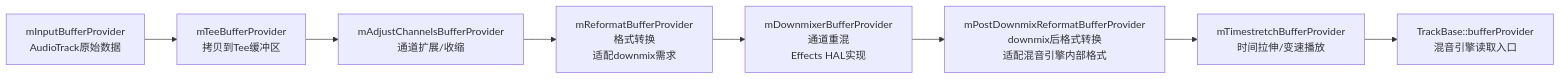
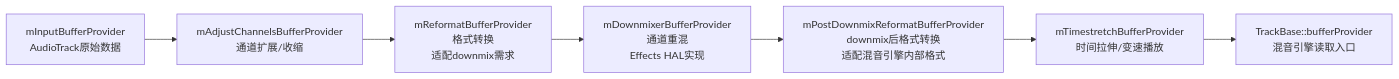
The second of 7 diagrams in 05_AudioFlinger/05_5.11_AudioMixer与Resampler-混音引擎核心.md (yanglinzhen1022/SA8295_AAOS_QNX_Audio_KnowledgeBase), drawn with Mermaid before and after one commit. The commit also changed other lines of this file and 5 other files, not shown here.

````diff
--- a/05_AudioFlinger/05_5.11_AudioMixer与Resampler-混音引擎核心.md
+++ b/05_AudioFlinger/05_5.11_AudioMixer与Resampler-混音引擎核心.md
@@ -132,10 +131,9 @@
 ```mermaid
 flowchart LR
-    A[mInputBufferProvider\nAudioTrack原始数据] --> B[mTeeBufferProvider\n拷贝到Tee缓冲区]
-    B --> C[mAdjustChannelsBufferProvider\n通道扩展/收缩]
+    A[mInputBufferProvider\nAudioTrack原始数据] --> C[mAdjustChannelsBufferProvider\n通道扩展/收缩]
     C --> D[mReformatBufferProvider\n格式转换\n适配downmix需求]
     D --> E[mDownmixerBufferProvider\n通道重混\nEffects HAL实现]
     E --> F[mPostDownmixReformatBufferProvider\ndownmix后格式转换\n适配混音引擎内部格式]
     F --> G[mTimestretchBufferProvider\n时间拉伸/变速播放]
     G --> H[TrackBase::bufferProvider\n混音引擎读取入口]
 ```
````
